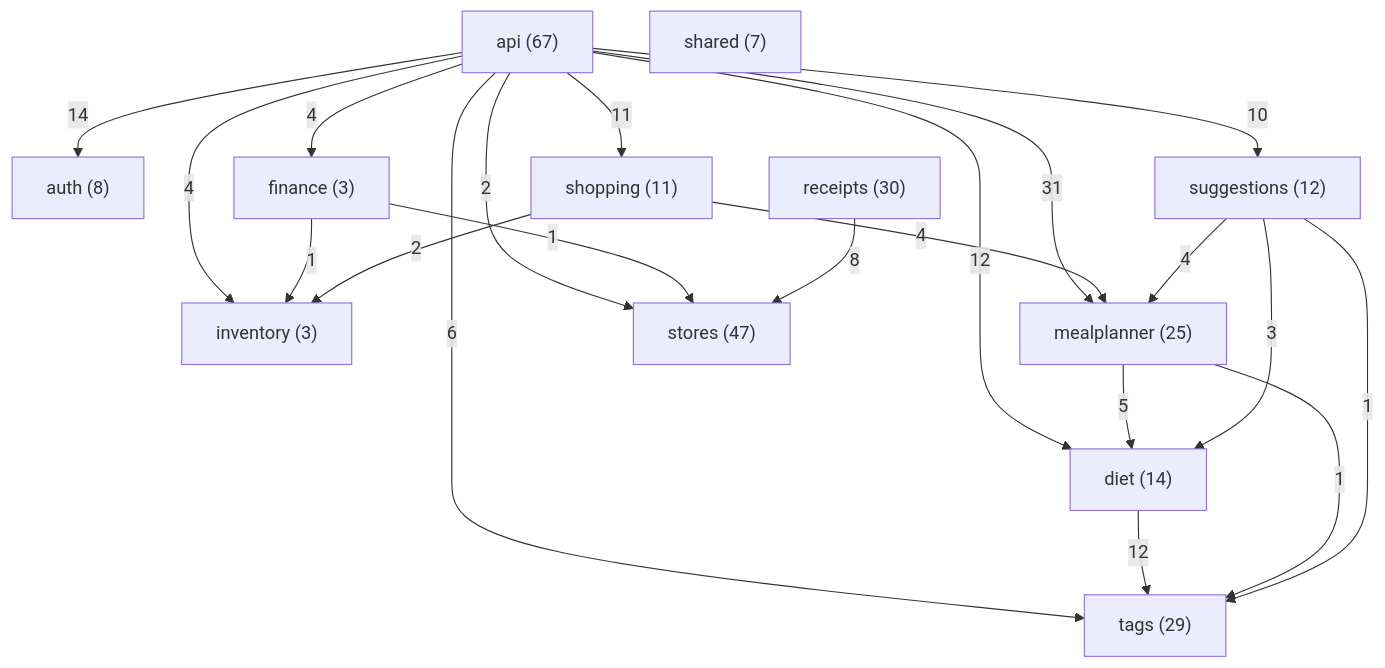
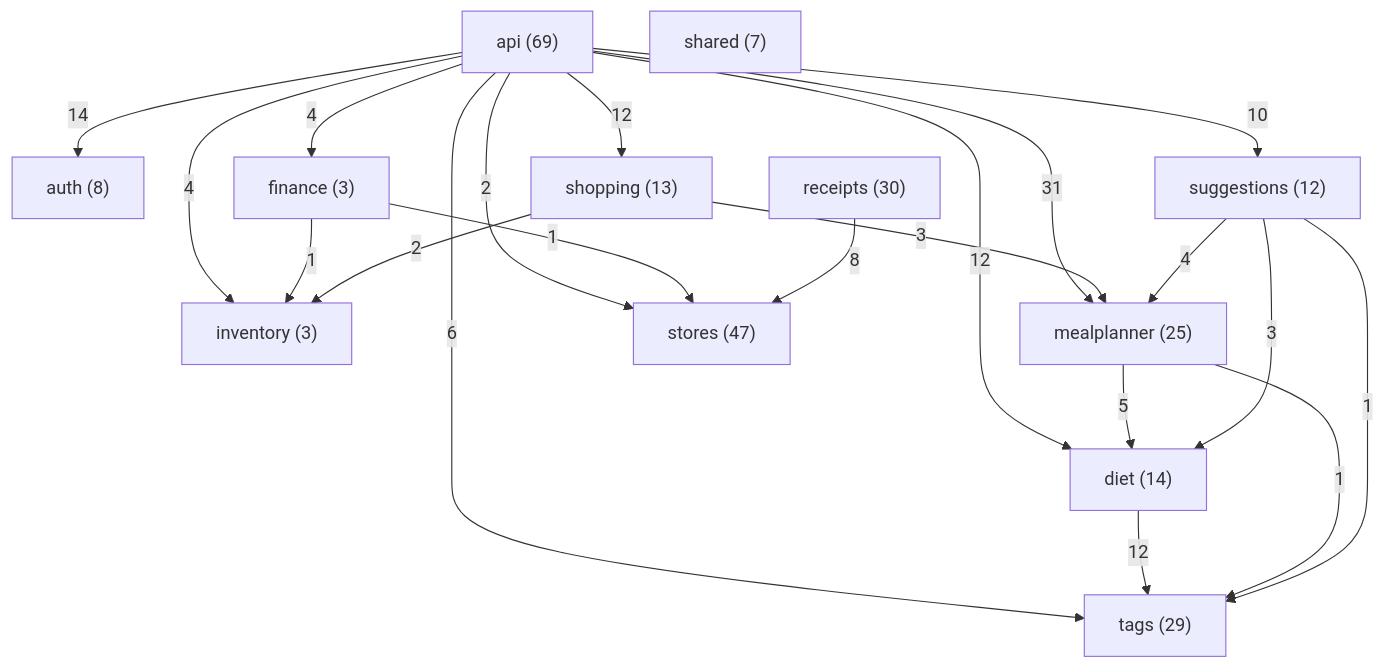
One commit to Nate-ryan-7690/dahaem changed the diagram in docs/classes/README.md. Above: the diagram before and after it, drawn with Mermaid. The commit also changed other lines of this file and 27 other files, not shown here.

````diff
--- a/docs/classes/README.md
+++ b/docs/classes/README.md
@@ -9,35 +9,35 @@
 ```mermaid
 flowchart TD
-    api["api (67)"]
+    api["api (69)"]
     auth["auth (8)"]
     diet["diet (14)"]
     finance["finance (3)"]
     inventory["inventory (3)"]
     mealplanner["mealplanner (25)"]
     receipts["receipts (30)"]
     shared["shared (7)"]
-    shopping["shopping (11)"]
+    shopping["shopping (13)"]
     stores["stores (47)"]
     suggestions["suggestions (12)"]
     tags["tags (29)"]
     api -->|14| auth
     api -->|12| diet
     api -->|4| finance
     api -->|4| inventory
     api -->|31| mealplanner
-    api -->|11| shopping
+    api -->|12| shopping
     api -->|2| stores
     api -->|10| suggestions
     api -->|6| tags
     diet -->|12| tags
     finance -->|1| inventory
     finance -->|1| stores
     mealplanner -->|5| diet
     mealplanner -->|1| tags
     receipts -->|8| stores
     shopping -->|2| inventory
-    shopping -->|4| mealplanner
+    shopping -->|3| mealplanner
     suggestions -->|3| diet
     suggestions -->|4| mealplanner
     suggestions -->|1| tags
 ```
````
